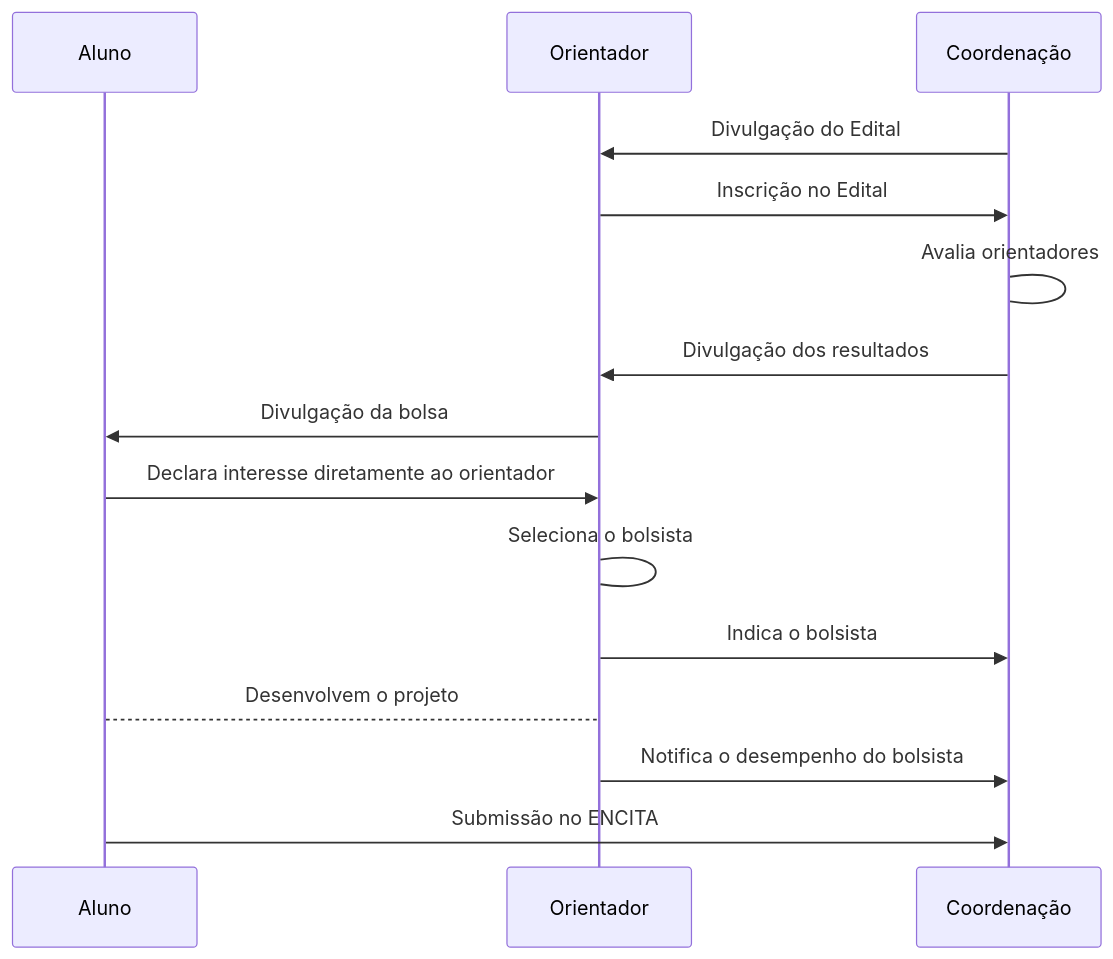
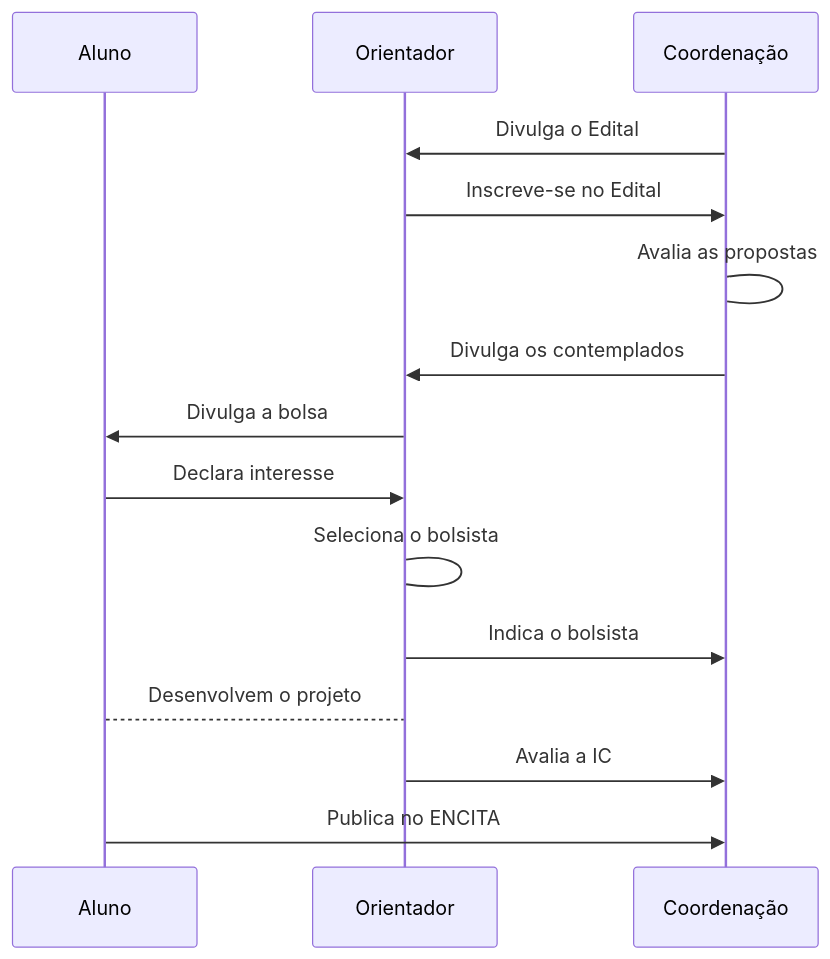
Before and after one commit to SarahNegreiros/paic: the diagram in content/project/pibic/index.md, drawn with Mermaid.

Commit message:
Simpler diagram.

````diff
--- a/content/project/pibic/index.md
+++ b/content/project/pibic/index.md
@@ -29,17 +29,17 @@
 ```mermaid
 sequenceDiagram
   participant Aluno
   participant Orientador
   participant Coordenação
-  Coordenação->>Orientador: Divulgação do Edital
-  Orientador->>Coordenação: Inscrição no Edital
-  Coordenação->Coordenação: Avalia orientadores
-  Coordenação->>Orientador: Divulgação dos resultados
-  Orientador->>Aluno: Divulgação da bolsa
-  Aluno->>Orientador: Declara interesse diretamente ao orientador
+  Coordenação->>Orientador: Divulga o Edital
+  Orientador->>Coordenação: Inscreve-se no Edital
+  Coordenação->Coordenação: Avalia as propostas
+  Coordenação->>Orientador: Divulga os contemplados
+  Orientador->>Aluno: Divulga a bolsa
+  Aluno->>Orientador: Declara interesse
   Orientador->Orientador: Seleciona o bolsista
   Orientador->>Coordenação: Indica o bolsista
   Aluno-->Orientador: Desenvolvem o projeto
-  Orientador->>Coordenação: Notifica o desempenho do bolsista
-  Aluno->>Coordenação: Submissão no ENCITA
+  Orientador->>Coordenação: Avalia a IC
+  Aluno->>Coordenação: Publica no ENCITA
 ```
````
